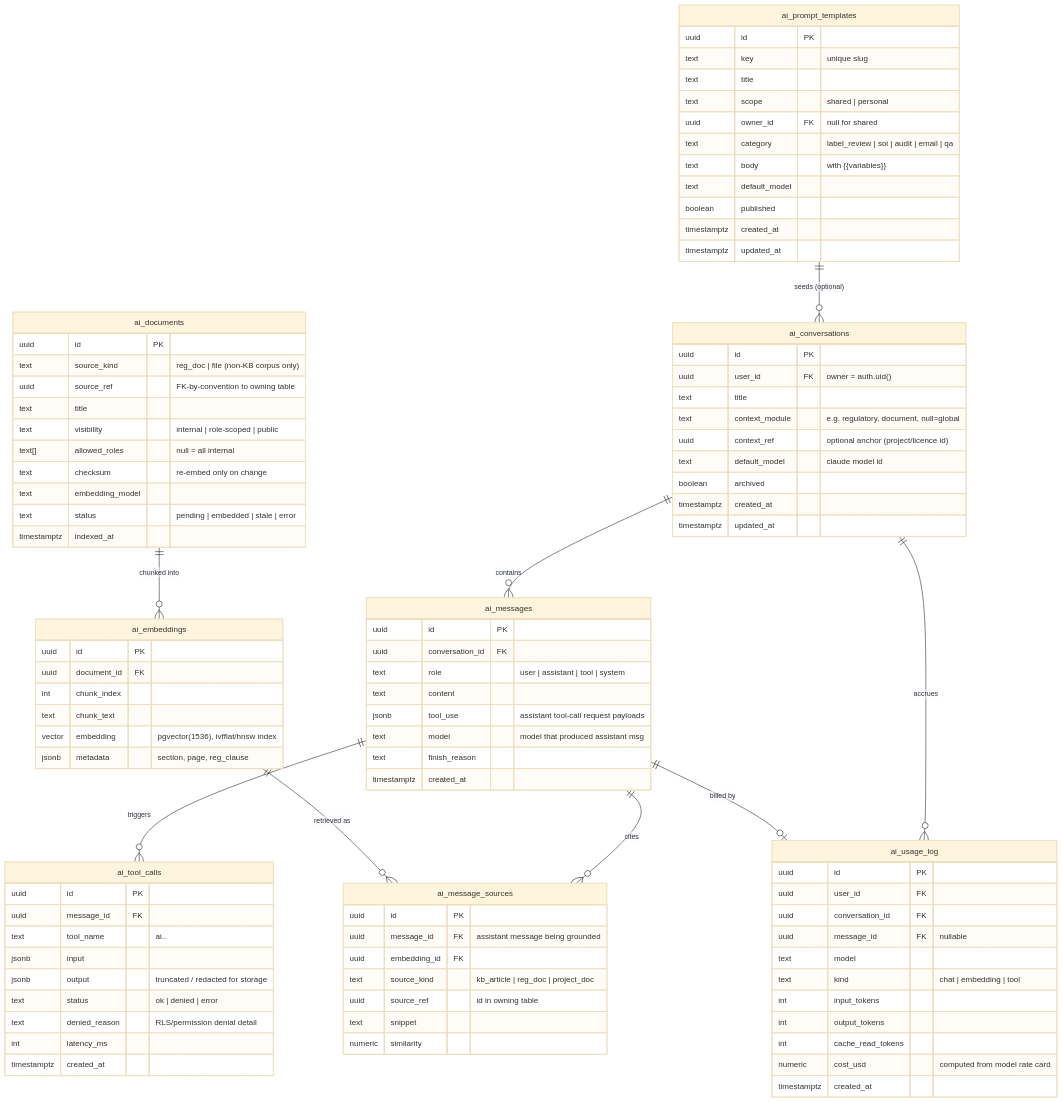
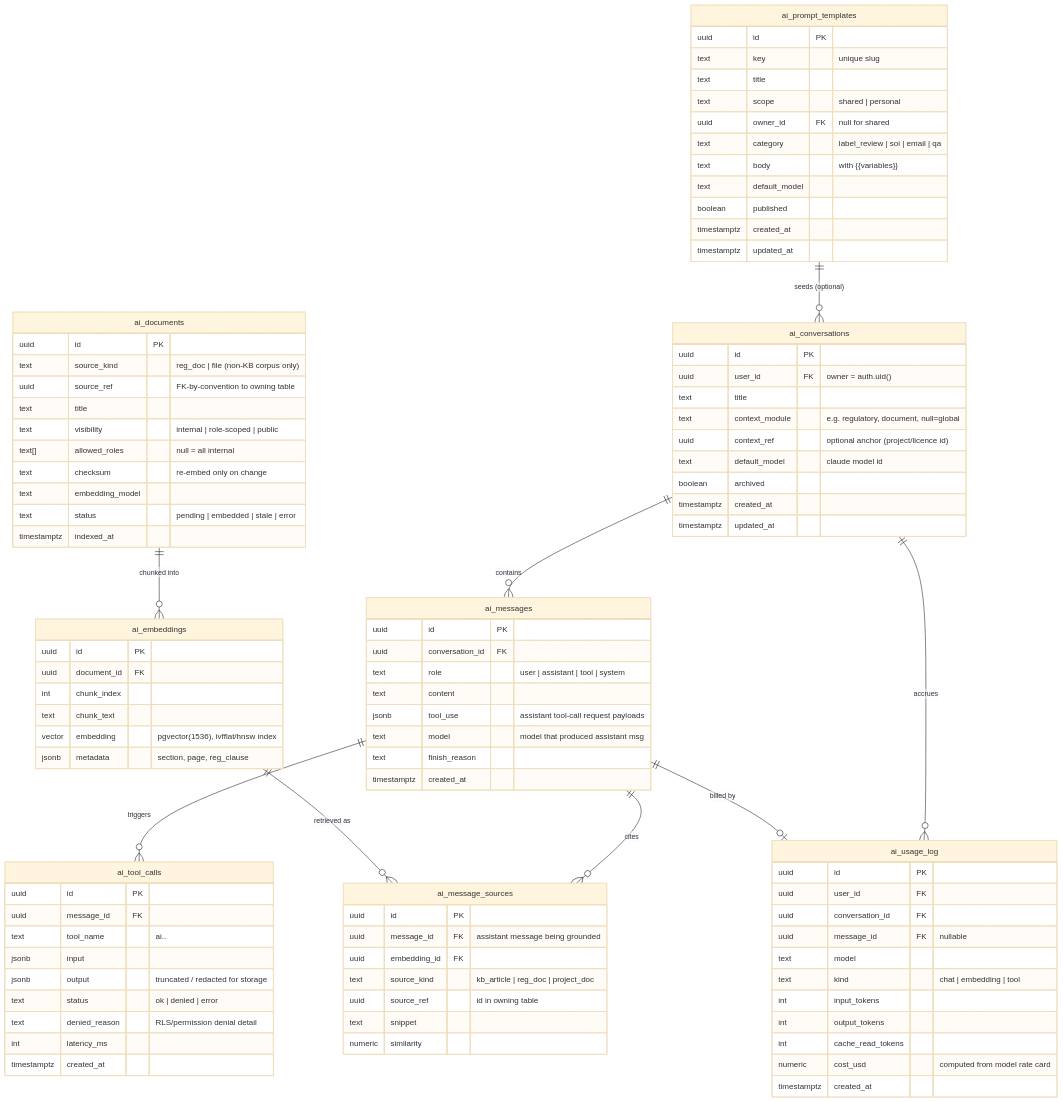
Before and after one commit to taruntps/tps-oms: the third of 4 diagrams in docs/architecture/modules/ai-assistant.md, drawn with Mermaid (base theme). The commit also changed other lines of this file and 21 other files, not shown here.

```diff
--- a/docs/architecture/modules/ai-assistant.md
+++ b/docs/architecture/modules/ai-assistant.md
@@ -192,7 +192,7 @@
     text title
     text scope "shared | personal"
     uuid owner_id FK "null for shared"
-    text category "label_review | soi | audit | email | qa"
+    text category "label_review | soi | email | qa"
     text body "with {{variables}}"
     text default_model
     boolean published
```
